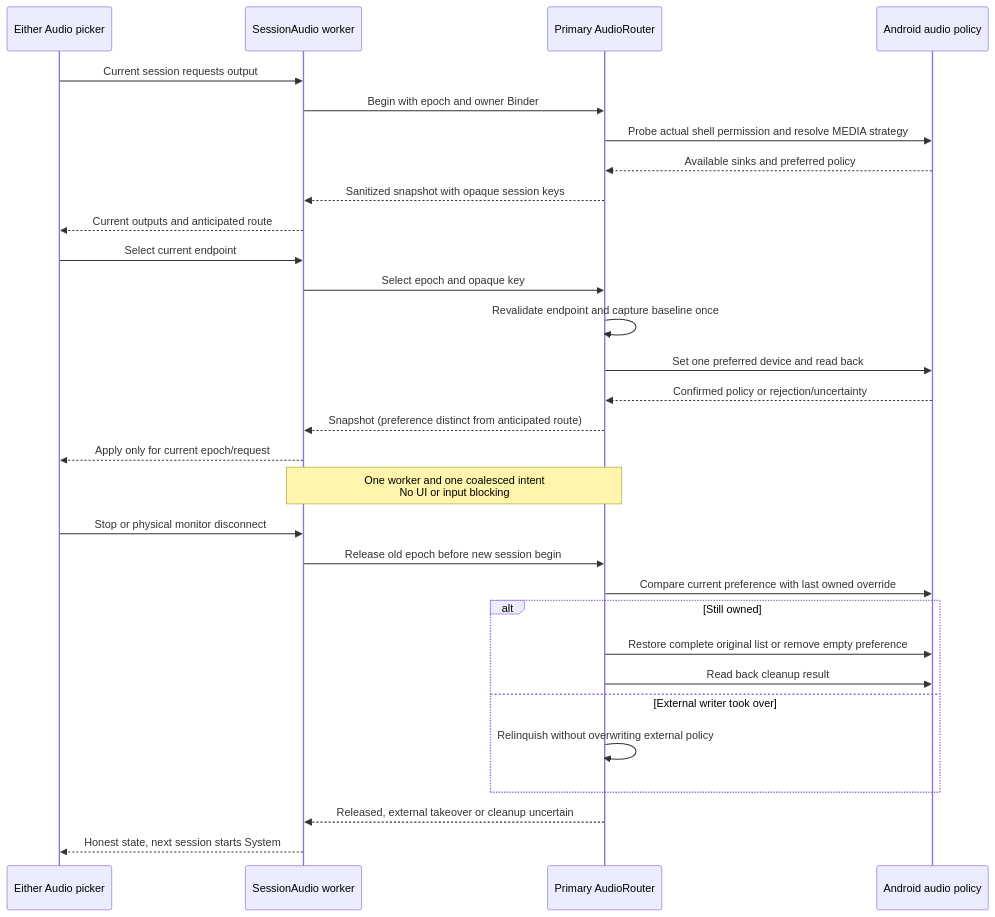
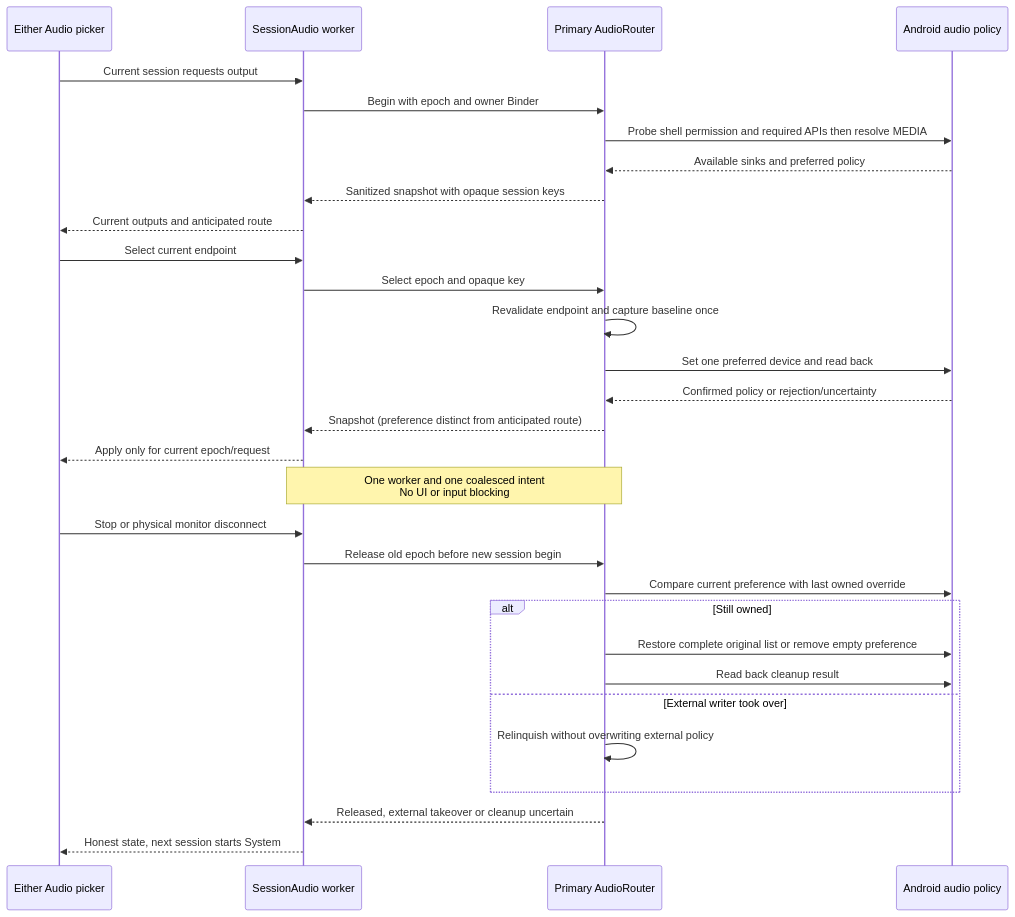
The second of 2 diagrams in docs/architecture/features/session-audio.md (PhiLong-Ho/DexDroid), drawn with Mermaid before and after one commit. The commit also changed other lines of this file and 67 other files, not shown here.

````diff
--- a/docs/architecture/features/session-audio.md
+++ b/docs/architecture/features/session-audio.md
@@ -39,32 +48,32 @@
 ```mermaid
 sequenceDiagram
     participant U as Either Audio picker
     participant C as SessionAudio worker
     participant R as Primary AudioRouter
     participant A as Android audio policy
     U->>C: Current session requests output
     C->>R: Begin with epoch and owner Binder
-    R->>A: Probe actual shell permission and resolve MEDIA strategy
+    R->>A: Probe shell permission and required APIs then resolve MEDIA
     A-->>R: Available sinks and preferred policy
     R-->>C: Sanitized snapshot with opaque session keys
     C-->>U: Current outputs and anticipated route
     U->>C: Select current endpoint
     C->>R: Select epoch and opaque key
     R->>R: Revalidate endpoint and capture baseline once
     R->>A: Set one preferred device and read back
     A-->>R: Confirmed policy or rejection/uncertainty
     R-->>C: Snapshot (preference distinct from anticipated route)
     C-->>U: Apply only for current epoch/request
     Note over C,R: One worker and one coalesced intent<br/>No UI or input blocking
     U->>C: Stop or physical monitor disconnect
     C->>R: Release old epoch before new session begin
     R->>A: Compare current preference with last owned override
     alt Still owned
         R->>A: Restore complete original list or remove empty preference
         R->>A: Read back cleanup result
     else External writer took over
         R->>R: Relinquish without overwriting external policy
     end
     R-->>C: Released, external takeover or cleanup uncertain
     C-->>U: Honest state, next session starts System
 ```
````
